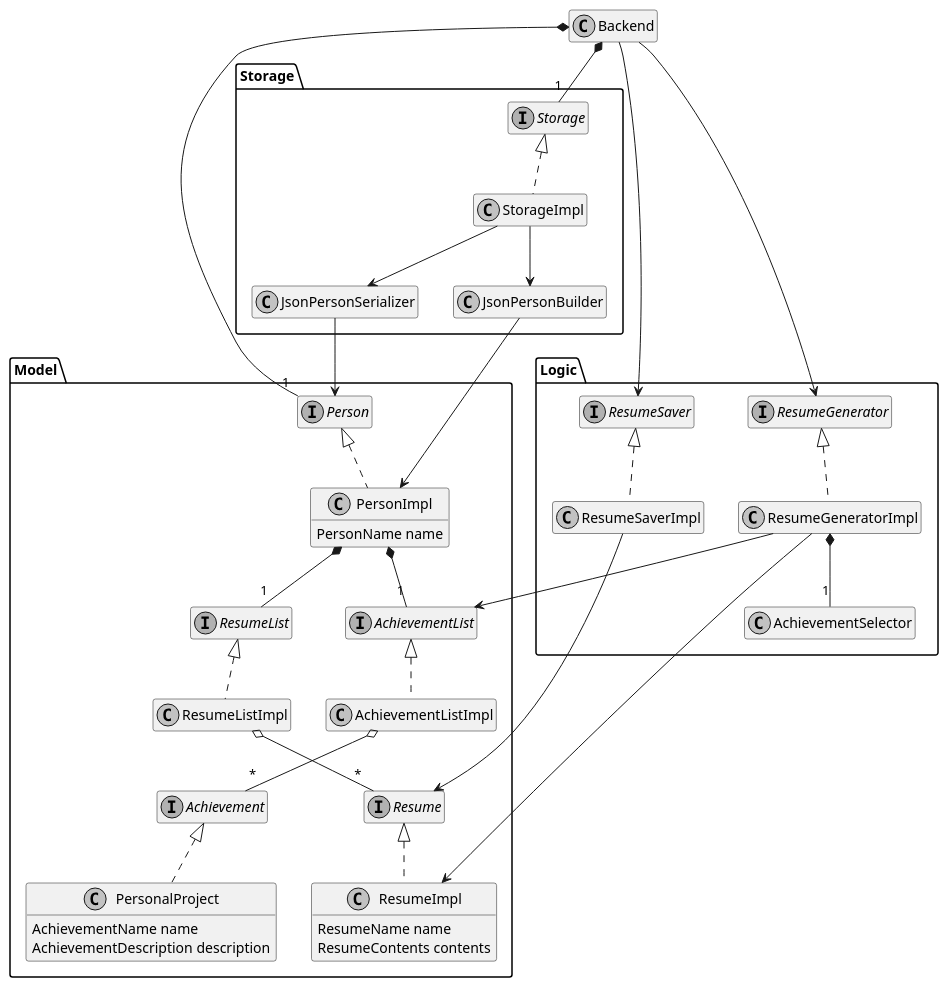
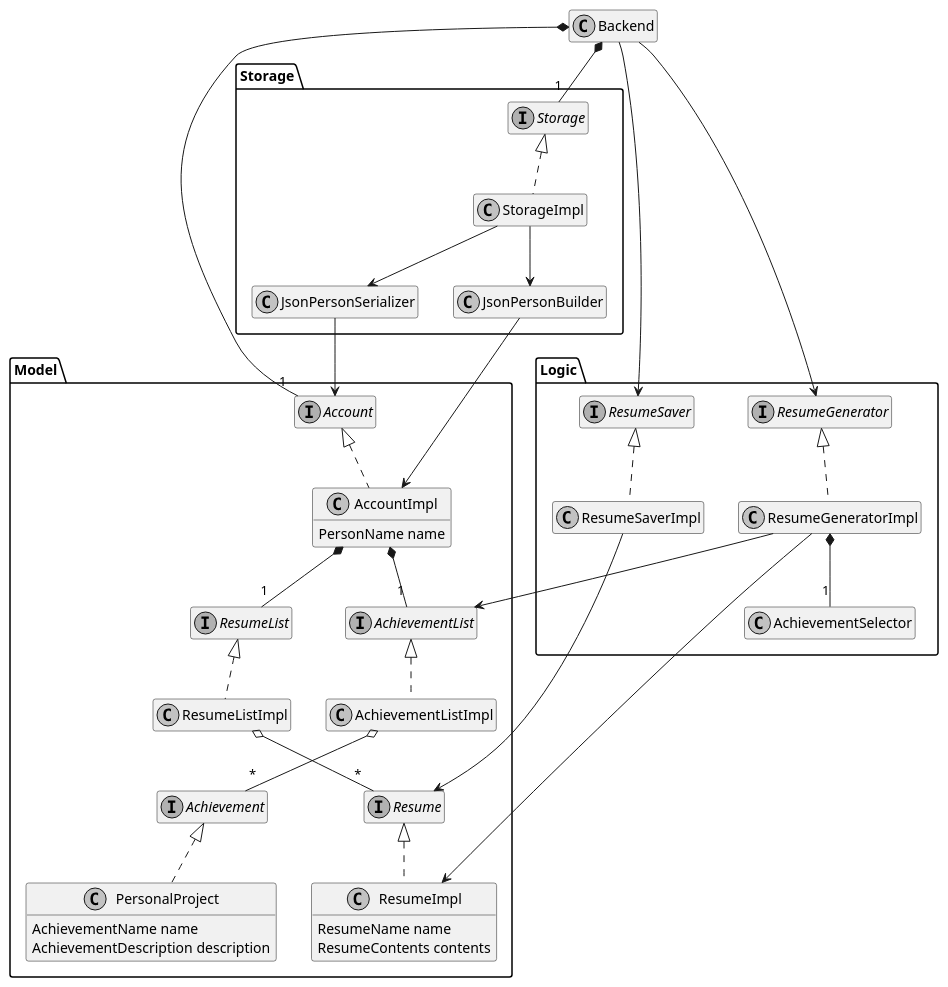
One commit to marckysan/ResuMe changed the diagram in docs/diagrams/BackendClassDiagram.puml. Above: the diagram before and after it, drawn with PlantUML. The commit also changed 11 other files, not shown here.

Commit message:
Rename Person to Account

```diff
--- a/docs/diagrams/BackendClassDiagram.puml
+++ b/docs/diagrams/BackendClassDiagram.puml
@@ -1,79 +1,79 @@
 @startuml
 
 skinparam monochrome true
 hide empty members
 
 class Backend
 Backend --> Logic.ResumeSaver
 Backend --> Logic.ResumeGenerator
-Backend *-- "1" Model.Person
+Backend *-- "1" Model.Account
 Backend *-- "1" Storage.Storage
 
 namespace Storage {
 
 interface Storage
 class StorageImpl
 Storage <|.. StorageImpl
 
 class JsonPersonSerializer
 StorageImpl --> JsonPersonSerializer
-JsonPersonSerializer --> Model.Person
+JsonPersonSerializer --> Model.Account
 
 class JsonPersonBuilder
 StorageImpl --> JsonPersonBuilder
-JsonPersonBuilder --> Model.PersonImpl
+JsonPersonBuilder --> Model.AccountImpl
 
 }
 
 namespace Logic {
 
 interface ResumeSaver
 class ResumeSaverImpl
 ResumeSaver <|.. ResumeSaverImpl
 ResumeSaverImpl --> Model.Resume
 
 interface ResumeGenerator
 class ResumeGeneratorImpl
 class AchievementSelector
 
 ResumeGenerator <|.. ResumeGeneratorImpl
 ResumeGeneratorImpl *-- "1" AchievementSelector
 ResumeGeneratorImpl --> Model.ResumeImpl
 ResumeGeneratorImpl --> Model.AchievementList
 }
 
 namespace Model {
 
-interface Person
-class PersonImpl {
+interface Account
+class AccountImpl {
     PersonName name
 }
-Person <|.. PersonImpl
-PersonImpl *-- "1" AchievementList
-PersonImpl *-- "1" ResumeList
+Account <|.. AccountImpl
+AccountImpl *-- "1" AchievementList
+AccountImpl *-- "1" ResumeList
 
 interface Achievement
 class PersonalProject {
     AchievementName name
     AchievementDescription description
 }
 interface AchievementList
 class AchievementListImpl
 Achievement <|.. PersonalProject
 AchievementList <|.. AchievementListImpl
 AchievementListImpl o-- "*" Achievement
 
 interface Resume
 class ResumeImpl {
     ResumeName name
     ResumeContents contents
 }
 interface ResumeList
 class ResumeListImpl
 Resume <|.. ResumeImpl
 ResumeList <|.. ResumeListImpl
 ResumeListImpl o-- "*" Resume
 
 }
 
 @enduml
```
